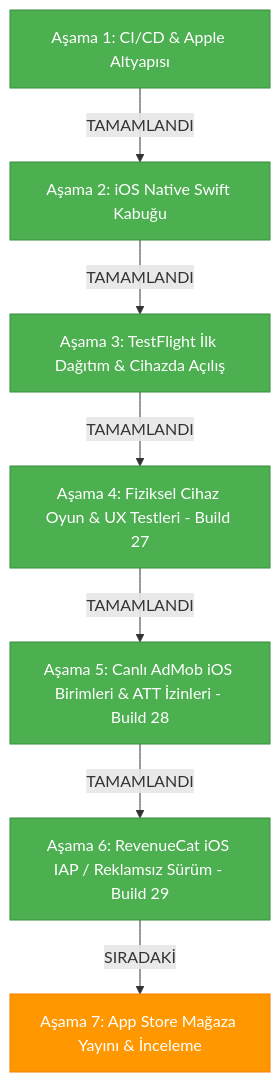
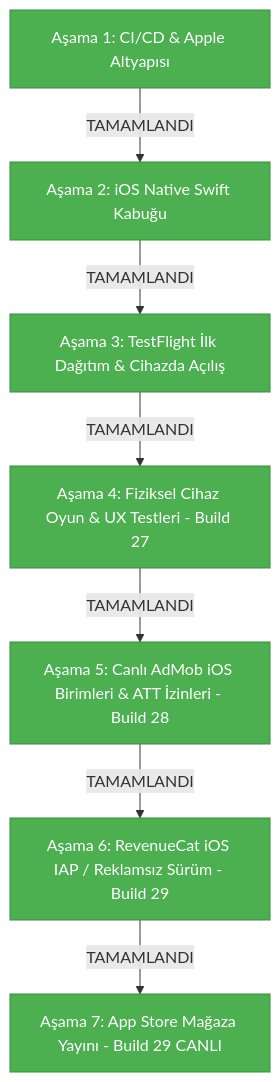
Before and after one commit to toygun1725/2-player-snake: the diagram in MD Files/AI_Guide_iOS.md, drawn with Mermaid. The commit also changed other lines of this file and 2 other files, not shown here.

Commit message:
docs: celebrate and record official App Store release (v3.3.5 / Build 29 is LIVE)

````diff
--- a/MD Files/AI_Guide_iOS.md
+++ b/MD Files/AI_Guide_iOS.md
@@ -191,17 +191,17 @@
 ```mermaid
 flowchart TD
     A[Aşama 1: CI/CD & Apple Altyapısı] -->|TAMAMLANDI| B[Aşama 2: iOS Native Swift Kabuğu]
     B -->|TAMAMLANDI| C[Aşama 3: TestFlight İlk Dağıtım & Cihazda Açılış]
+    D -->|TAMAMLANDI| E[Aşama 5: Canlı AdMob iOS Birimleri & ATT İzinleri - Build 28]
     C -->|TAMAMLANDI| D[Aşama 4: Fiziksel Cihaz Oyun & UX Testleri - Build 27]
-    D -->|TAMAMLANDI| E[Aşama 5: Canlı AdMob iOS Birimleri & ATT İzinleri - Build 28]
     E -->|TAMAMLANDI| F[Aşama 6: RevenueCat iOS IAP / Reklamsız Sürüm - Build 29]
-    F -->|SIRADAKİ| G[Aşama 7: App Store Mağaza Yayını & İnceleme]
+    F -->|TAMAMLANDI| G[Aşama 7: App Store Mağaza Yayını - Build 29 CANLI]
 
     style A fill:#4CAF50,stroke:#388E3C,color:#fff
     style B fill:#4CAF50,stroke:#388E3C,color:#fff
     style C fill:#4CAF50,stroke:#388E3C,color:#fff
     style D fill:#4CAF50,stroke:#388E3C,color:#fff
     style E fill:#4CAF50,stroke:#388E3C,color:#fff
     style F fill:#4CAF50,stroke:#388E3C,color:#fff
-    style G fill:#FF9800,stroke:#F57C00,color:#fff
+    style G fill:#4CAF50,stroke:#388E3C,color:#fff
 ```
````
